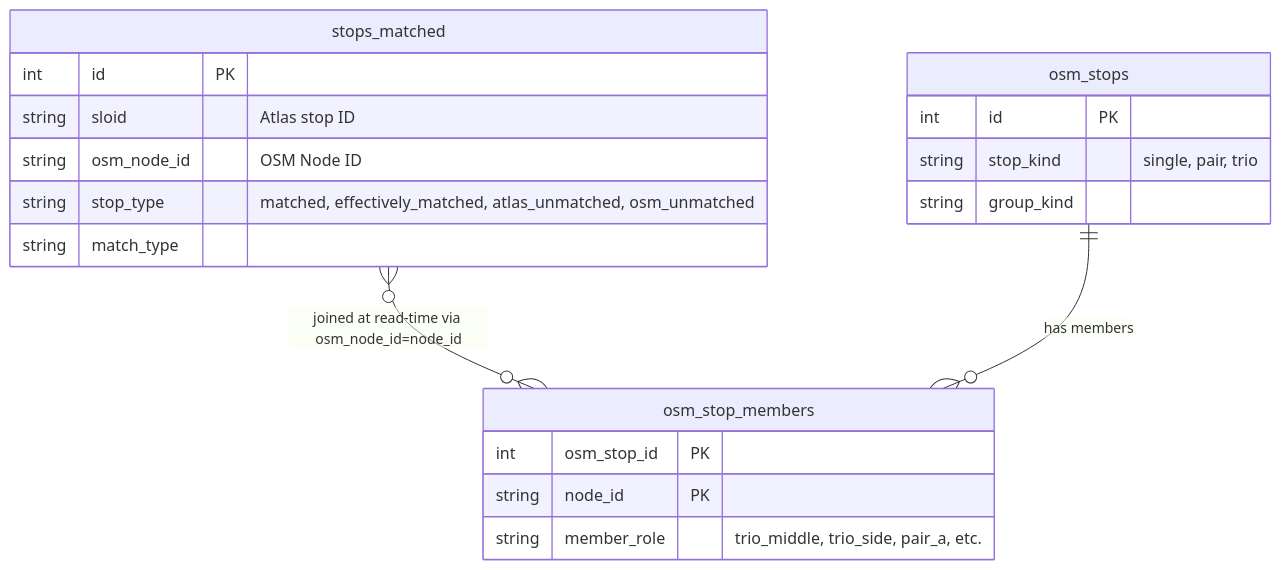
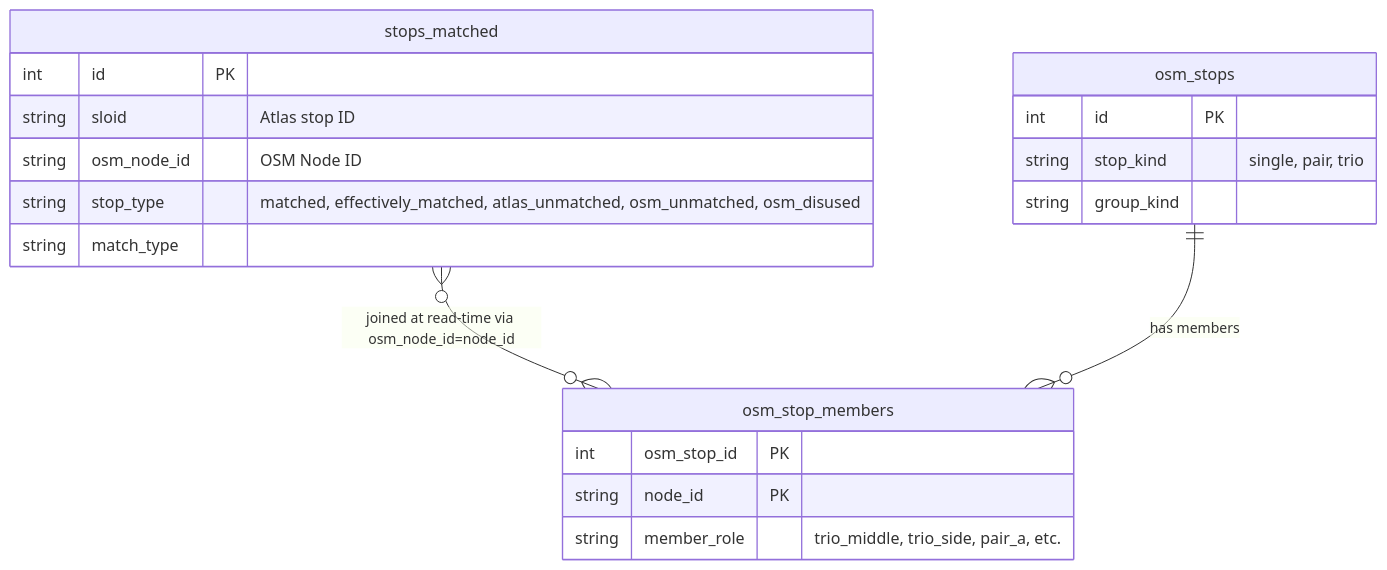
Before and after one commit to openTdataCH/stop_sync_osm_atlas: the diagram in documentation/2.3 Global Stats.md, drawn with Mermaid. The commit also changed other lines of this file and 83 other files, not shown here.

First line of the commit message:
Add permalinks, OSM tags and disused stops; point docs at openTdataCH

````diff
--- a/documentation/2.3 Global Stats.md
+++ b/documentation/2.3 Global Stats.md
@@ -9,25 +9,25 @@
 ```mermaid
 erDiagram
    stops_matched {
       int id PK
       string sloid "Atlas stop ID"
       string osm_node_id "OSM Node ID"
-      string stop_type "matched, effectively_matched, atlas_unmatched, osm_unmatched"
+      string stop_type "matched, effectively_matched, atlas_unmatched, osm_unmatched, osm_disused"
       string match_type
    }
 
    osm_stops {
       int id PK
       string stop_kind "single, pair, trio"
       string group_kind
    }
 
    osm_stop_members {
       int osm_stop_id PK
       string node_id PK
       string member_role "trio_middle, trio_side, pair_a, etc."
    }
 
    stops_matched }o--o{ osm_stop_members : "joined at read-time via osm_node_id=node_id"
    osm_stops ||--o{ osm_stop_members : "has members"
 ```
````
